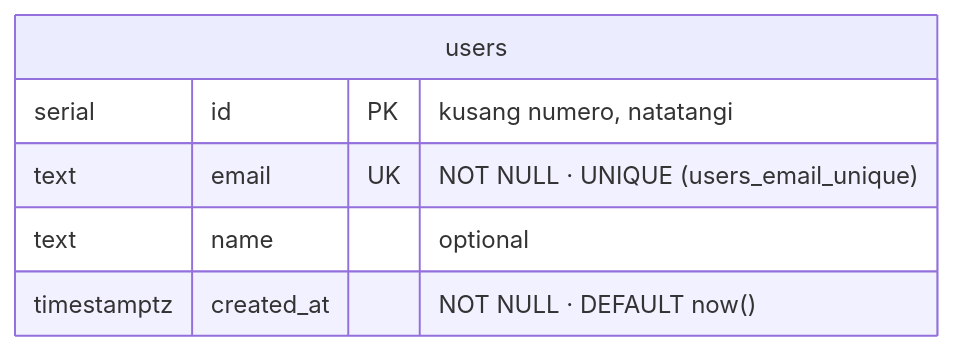
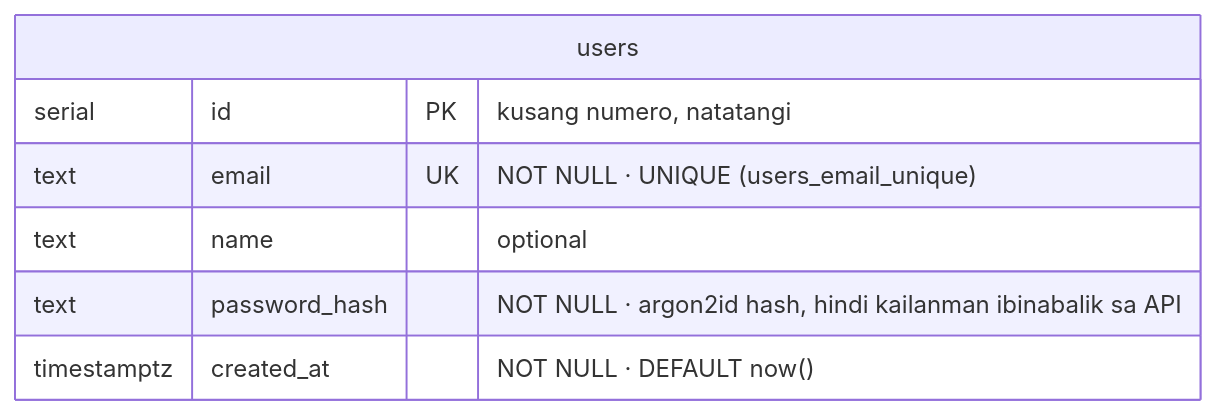
One commit to nelson1869-ai/auth-learning changed the first of 2 diagrams in docs/diagrams/02-er-diagram.md. Above: the diagram before and after it, drawn with Mermaid. The commit also changed other lines of this file and 7 other files, not shown here.

First line of the commit message:
docs: add 04-register.http, register flow, API contract, day 13 notes

````diff
--- a/docs/diagrams/02-er-diagram.md
+++ b/docs/diagrams/02-er-diagram.md
@@ -13,9 +13,10 @@
 ```mermaid
 erDiagram
     users {
         serial id PK "kusang numero, natatangi"
         text email UK "NOT NULL · UNIQUE (users_email_unique)"
         text name "optional"
+        text password_hash "NOT NULL · argon2id hash, hindi kailanman ibinabalik sa API"
         timestamptz created_at "NOT NULL · DEFAULT now()"
     }
 ```
````
